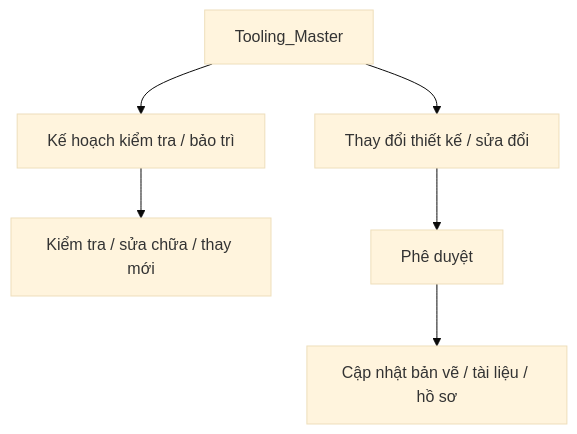
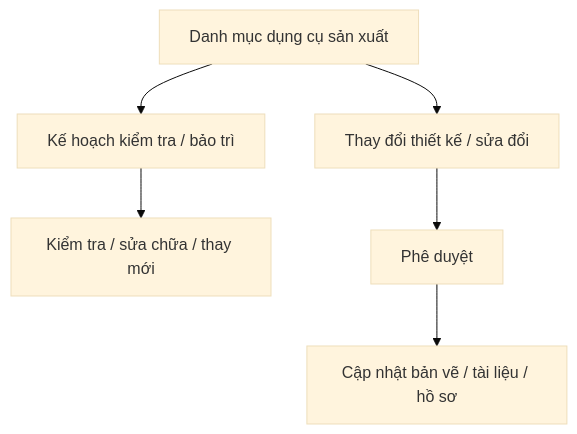
One commit to phan-tan-7211/IATF-16949-Equipment-Management changed the fourth of 5 diagrams in docs/KIEN_TRUC_LUONG_HE_THONG.md. Above: the diagram before and after it, drawn with Mermaid (base theme). The commit also changed other lines of this file, not shown here.

````diff
--- a/docs/KIEN_TRUC_LUONG_HE_THONG.md
+++ b/docs/KIEN_TRUC_LUONG_HE_THONG.md
@@ -184,8 +203,8 @@
 ```mermaid
 flowchart TD
-    A["Tooling_Master"] --> B["Kế hoạch kiểm tra / bảo trì"]
+    A["Danh mục dụng cụ sản xuất"] --> B["Kế hoạch kiểm tra / bảo trì"]
     B --> C["Kiểm tra / sửa chữa / thay mới"]
     A --> D["Thay đổi thiết kế / sửa đổi"]
     D --> E["Phê duyệt"]
     E --> F["Cập nhật bản vẽ / tài liệu / hồ sơ"]
 ```
````
